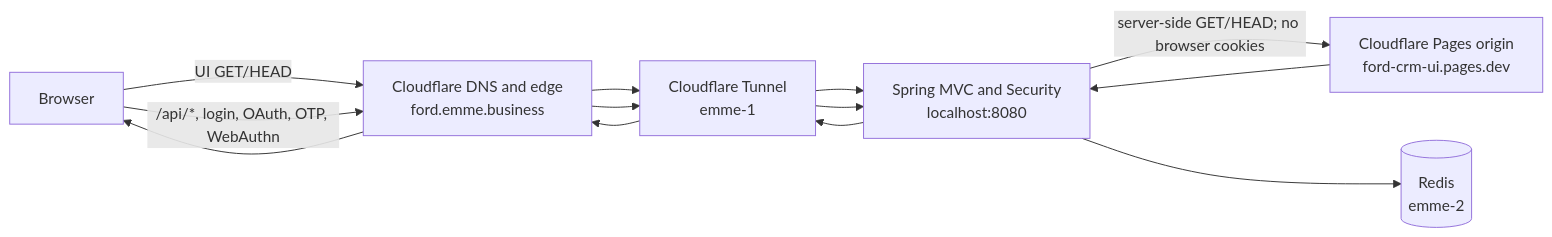
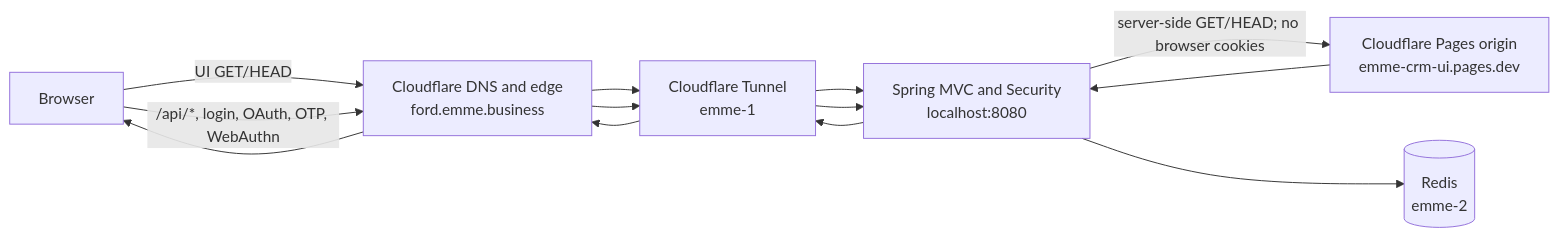
The diagram in docs/architecture/ford-pages-bff-routing.md (migangdelzar/Ford-web), drawn with Mermaid before and after one commit. The commit also changed other lines of this file and 5 other files, not shown here.

Commit message:
feat: stage emme Pages origin safely (#7)

````diff
--- a/docs/architecture/ford-pages-bff-routing.md
+++ b/docs/architecture/ford-pages-bff-routing.md
@@ -11,15 +11,15 @@
 ```mermaid
 flowchart LR
     U[Browser]
     D[Cloudflare DNS and edge<br/>ford.emme.business]
     T[Cloudflare Tunnel<br/>emme-1]
     S[Spring MVC and Security<br/>localhost:8080]
-    P[Cloudflare Pages origin<br/>ford-crm-ui.pages.dev]
+    P[Cloudflare Pages origin<br/>emme-crm-ui.pages.dev]
     R[(Redis<br/>emme-2)]
 
     U -->|UI GET/HEAD| D --> T --> S
     S -->|server-side GET/HEAD; no browser cookies| P
     P --> S --> T --> D --> U
     U -->|/api/*, login, OAuth, OTP, WebAuthn| D --> T --> S
     S --> R
 ```
````
